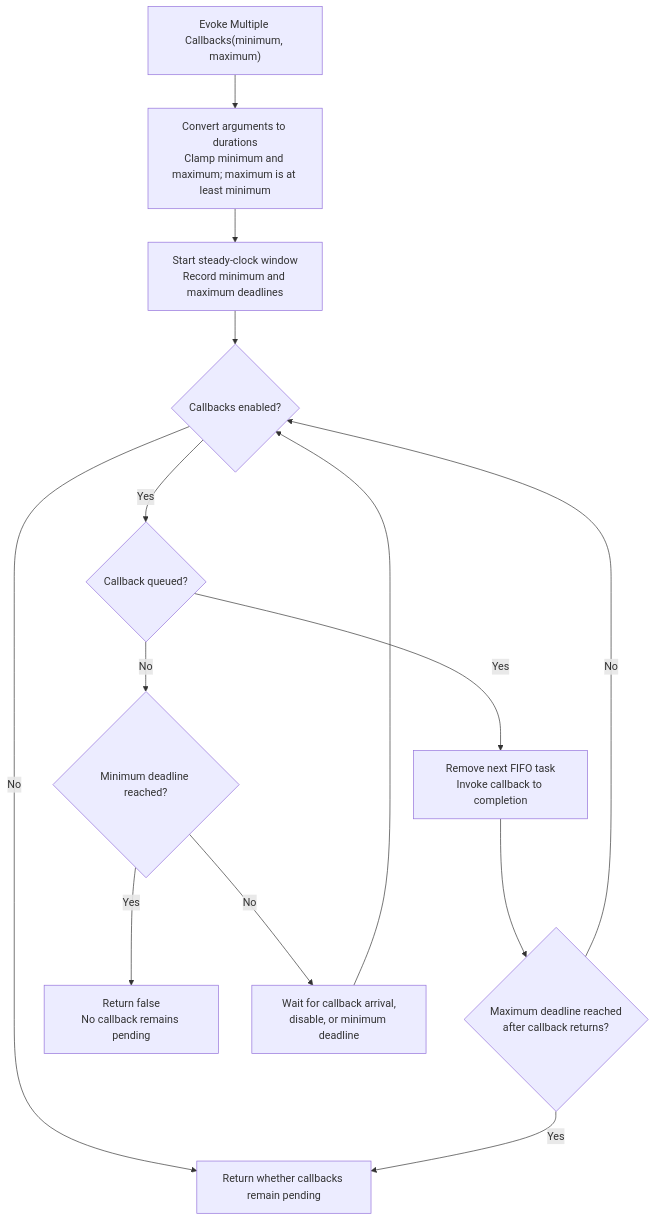
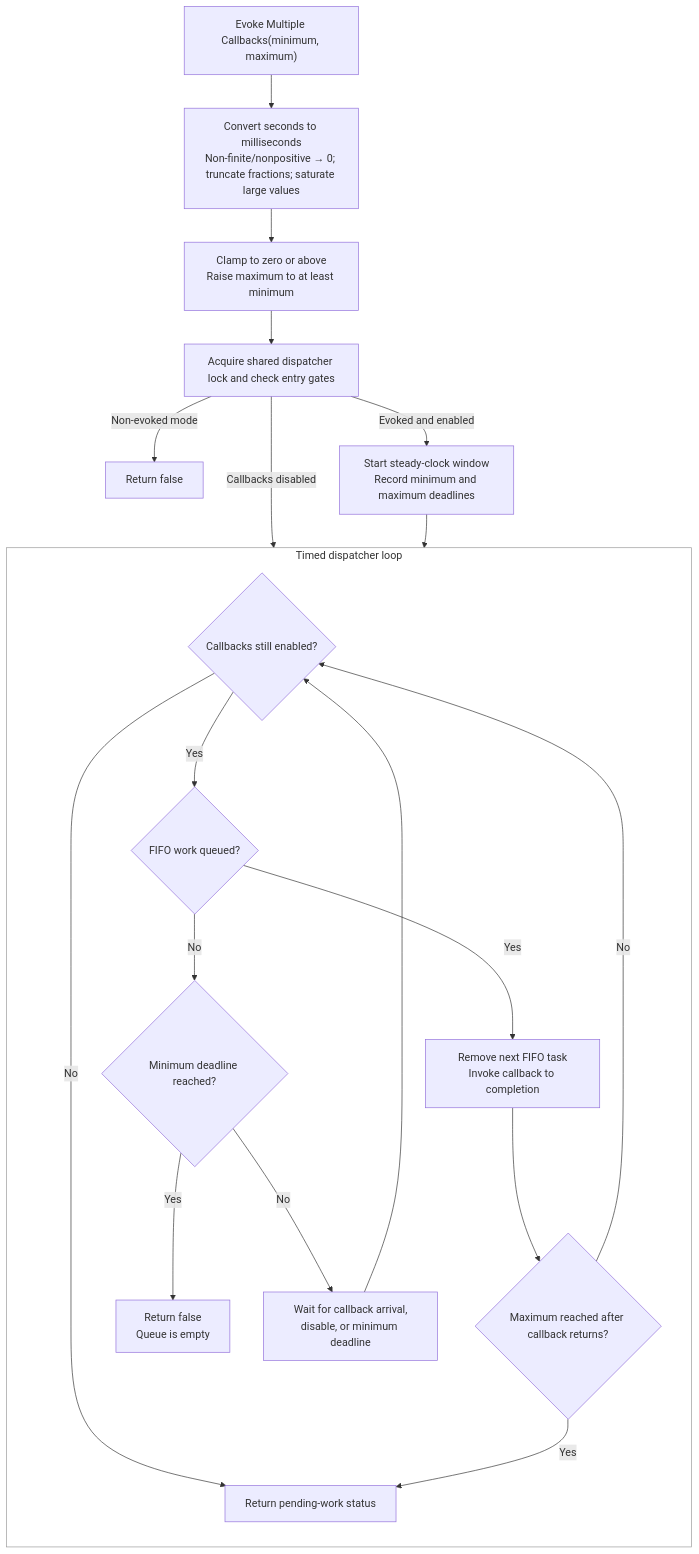
One commit to sheepfling/umbra changed the eighth of 26 diagrams in docs/design/HLA-2025-CALLBACK-AND-SERVICE-ORDERING-FLOW-GUIDE.md. Above: the diagram before and after it, drawn with Mermaid. The commit also changed other lines of this file and 36 other files, not shown here.

````diff
--- a/docs/design/HLA-2025-CALLBACK-AND-SERVICE-ORDERING-FLOW-GUIDE.md
+++ b/docs/design/HLA-2025-CALLBACK-AND-SERVICE-ORDERING-FLOW-GUIDE.md
@@ -571,16 +579,29 @@
 ```mermaid
 flowchart TD
-  A["Evoke Multiple Callbacks(minimum, maximum)"] --> B["Convert arguments to durations<br/>Clamp minimum and maximum; maximum is at least minimum"]
-  B --> C["Start steady-clock window<br/>Record minimum and maximum deadlines"]
-  C --> D{"Callbacks enabled?"}
-  D -->|No| P["Return whether callbacks remain pending"]
-  D -->|Yes| E{"Callback queued?"}
-  E -->|Yes| F["Remove next FIFO task<br/>Invoke callback to completion"]
-  F --> G{"Maximum deadline reached<br/>after callback returns?"}
-  G -->|Yes| P
-  G -->|No| D
-  E -->|No| H{"Minimum deadline reached?"}
-  H -->|Yes| I["Return false<br/>No callback remains pending"]
-  H -->|No| J["Wait for callback arrival,<br/>disable, or minimum deadline"]
-  J --> D
+  A["Evoke Multiple Callbacks(minimum, maximum)"] --> B["Convert seconds to milliseconds<br/>Non-finite/nonpositive → 0; truncate fractions; saturate large values"]
+  B --> C["Clamp to zero or above<br/>Raise maximum to at least minimum"]
+  C --> D["Acquire shared dispatcher lock and check entry gates"]
+  D -->|Non-evoked mode| R["Return false"]
+  D -->|Callbacks disabled| P["Return pending-work status"]
+  D -->|Evoked and enabled| E["Start steady-clock window<br/>Record minimum and maximum deadlines"]
+
+  subgraph TimedLoop["Timed dispatcher loop"]
+    direction TD
+    F{"Callbacks still enabled?"}
+    G{"FIFO work queued?"}
+    H["Remove next FIFO task<br/>Invoke callback to completion"]
+    I{"Maximum reached after callback returns?"}
+    J{"Minimum deadline reached?"}
+    K["Wait for callback arrival,<br/>disable, or minimum deadline"]
+    F -->|No| P
+    F -->|Yes| G
+    G -->|Yes| H --> I
+    I -->|Yes| P
+    I -->|No| F
+    G -->|No| J
+    J -->|Yes| M["Return false<br/>Queue is empty"]
+    J -->|No| K --> F
+  end
+  E --> F
+  style TimedLoop fill:#fff,stroke:#999,stroke-width:1px
 ```
````
